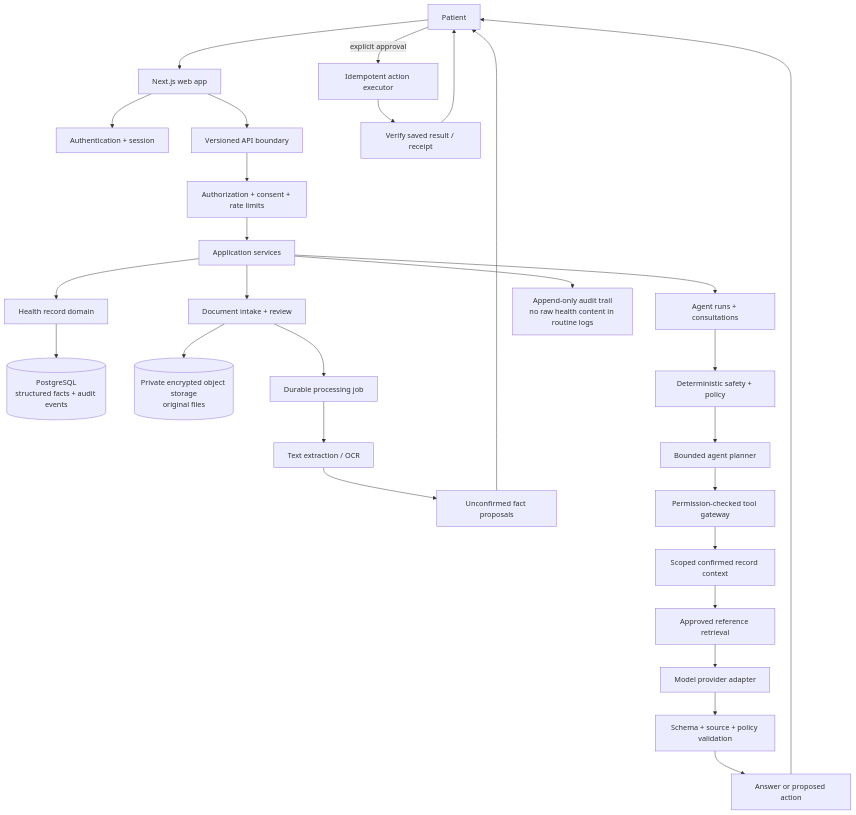
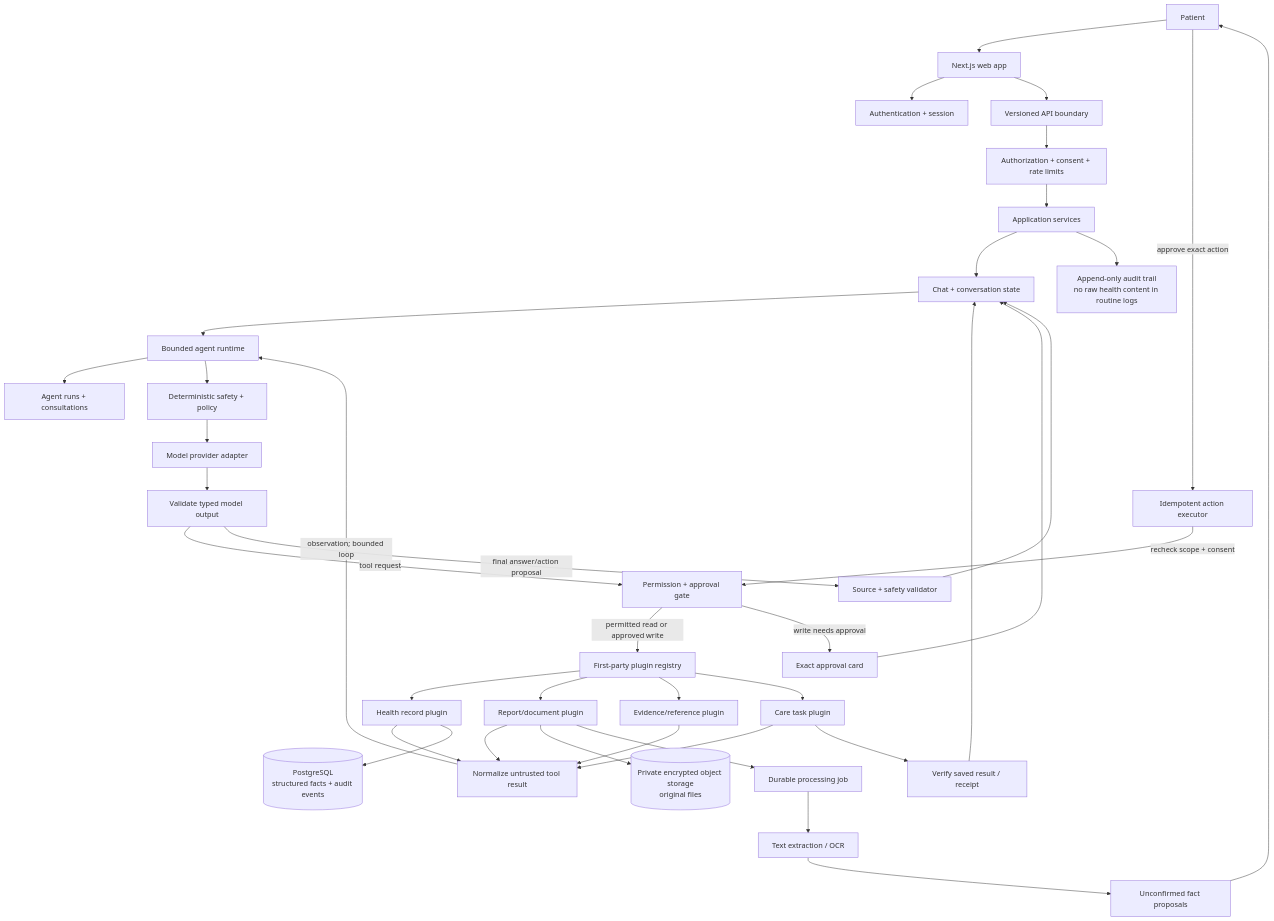
Before and after one commit to Adarsh-9182/nutritiscan-ai: the diagram in docs/PRODUCT_SYSTEM_DESIGN.md, drawn with Mermaid. The commit also changed other lines of this file and 2 other files, not shown here.

Commit message:
docs: specify chat-first health agent and plugins

````diff
--- a/docs/PRODUCT_SYSTEM_DESIGN.md
+++ b/docs/PRODUCT_SYSTEM_DESIGN.md
@@ -60,30 +61,40 @@
 ```mermaid
 flowchart TD
   Person[Patient] --> Web[Next.js web app]
   Web --> Auth[Authentication + session]
   Web --> API[Versioned API boundary]
   API --> Access[Authorization + consent + rate limits]
   Access --> App[Application services]
-  App --> Record[Health record domain]
-  App --> Docs[Document intake + review]
-  App --> Consult[Agent runs + consultations]
+  App --> Chat[Chat + conversation state]
+  Chat --> Runtime[Bounded agent runtime]
+  Runtime --> Consult[Agent runs + consultations]
+  Runtime --> Safety[Deterministic safety + policy]
+  Safety --> Model[Model provider adapter]
+  Model --> OutputCheck[Validate typed model output]
+  OutputCheck -->|tool request| ToolGate[Permission + approval gate]
+  ToolGate -->|permitted read or approved write| Registry[First-party plugin registry]
+  ToolGate -->|write needs approval| Approval[Exact approval card]
+  Approval --> Chat
+  Person -->|approve exact action| Executor[Idempotent action executor]
+  Executor -->|recheck scope + consent| ToolGate
+  Registry --> Record[Health record plugin]
+  Registry --> Docs[Report/document plugin]
+  Registry --> Evidence[Evidence/reference plugin]
+  Registry --> Tasks[Care task plugin]
+  Record --> ToolResult[Normalize untrusted tool result]
+  Docs --> ToolResult
+  Evidence --> ToolResult
+  Tasks --> ToolResult
+  ToolResult -->|observation; bounded loop| Runtime
+  OutputCheck -->|final answer/action proposal| FinalCheck[Source + safety validator]
+  FinalCheck --> Chat
   Record --> DB[(PostgreSQL\nstructured facts + audit events)]
   Docs --> Blob[(Private encrypted object storage\noriginal files)]
   Docs --> Queue[Durable processing job]
   Queue --> Extract[Text extraction / OCR]
   Extract --> Review[Unconfirmed fact proposals]
   Review --> Person
-  Consult --> Safety[Deterministic safety + policy]
-  Safety --> Planner[Bounded agent planner]
-  Planner --> Tools[Permission-checked tool gateway]
-  Tools --> Context[Scoped confirmed record context]
-  Context --> Evidence[Approved reference retrieval]
-  Evidence --> Model[Model provider adapter]
-  Model --> Validate[Schema + source + policy validation]
-  Validate --> Draft[Answer or proposed action]
-  Draft --> Person
-  Person -->|explicit approval| Executor[Idempotent action executor]
-  Executor --> Verify[Verify saved result / receipt]
-  Verify --> Person
+  Tasks --> Verify[Verify saved result / receipt]
+  Verify --> Chat
   App --> Audit[Append-only audit trail\nno raw health content in routine logs]
 ```
````
